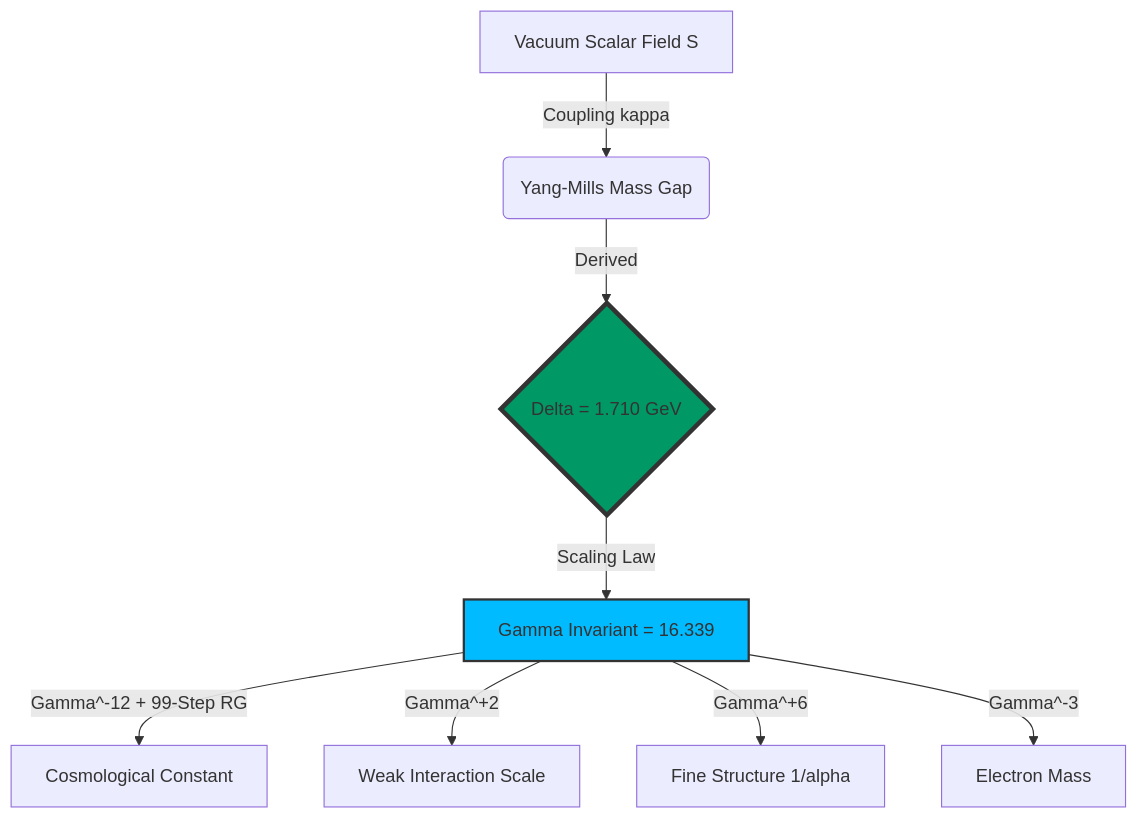
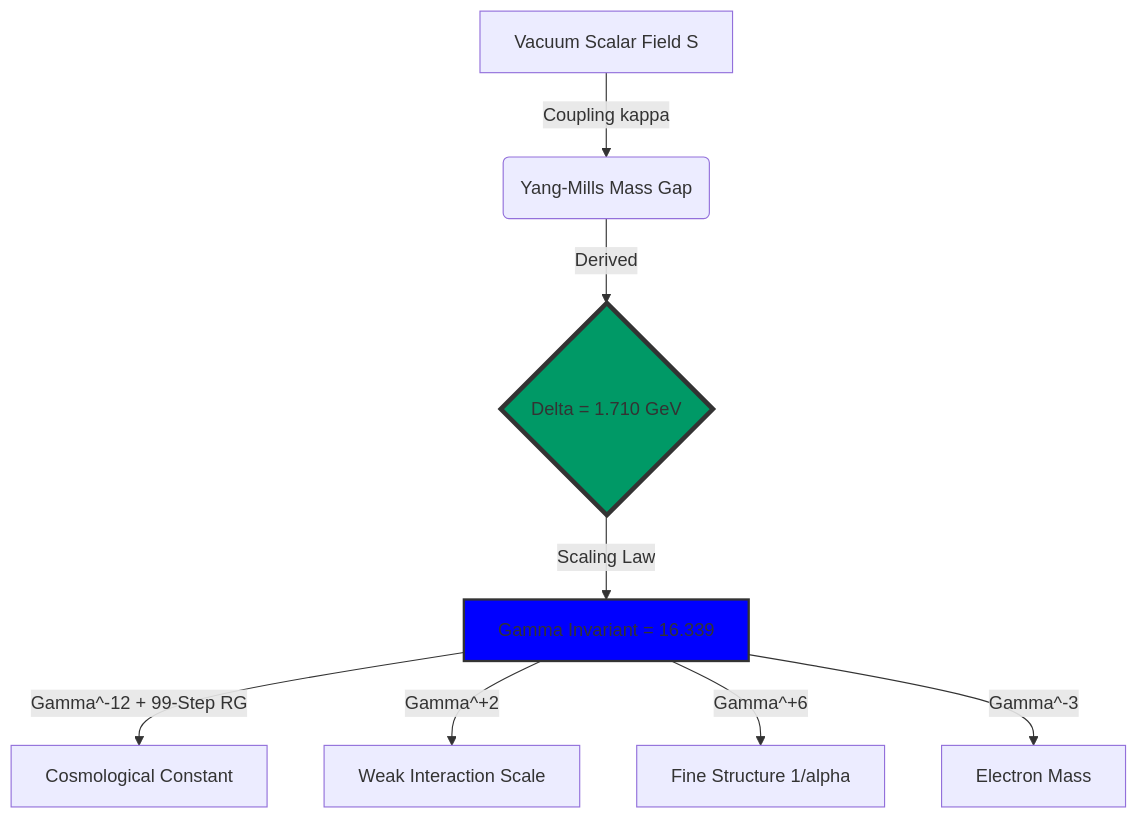
Before and after one commit to badbugsarts-hue/UIDT-Framework-V3.2-Canonical: the diagram in README.md, drawn with Mermaid.

Commit message:
Change style color for node D in README

`````diff
--- a/README.md
+++ b/README.md
@@ -52,14 +52,14 @@
 ```mermaid
 graph TD
     A[Vacuum Scalar Field S] -->|Coupling kappa| B(Yang-Mills Mass Gap);
     B -->|Derived| C{Delta = 1.710 GeV};
     C -->|Scaling Law| D[Gamma Invariant = 16.339];
     
     D -->|Gamma^-12 + 99-Step RG| E[Cosmological Constant];
     D -->|Gamma^+2| F[Weak Interaction Scale];
     D -->|Gamma^+6| G[Fine Structure 1/alpha];
     D -->|Gamma^-3| H[Electron Mass];
     
     style C fill:#096,stroke:#333,stroke-width:4px
-    style D fill:#0bf,stroke:#333,stroke-width:2px
+    style D fill:#00f,stroke:#333,stroke-width:2px
 ````
`````
